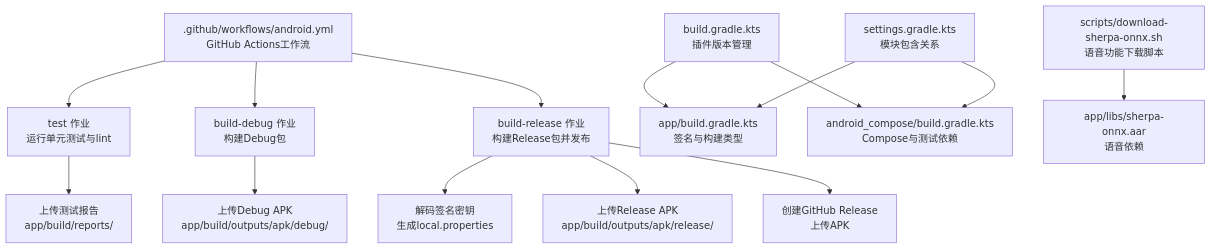
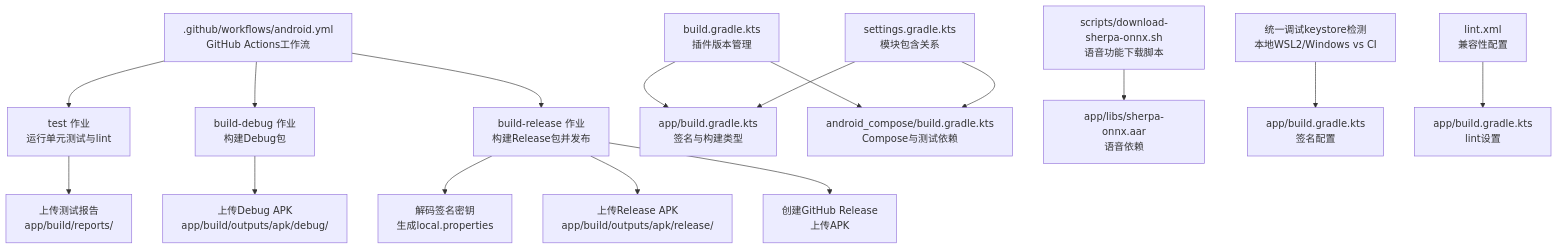
The first of 5 diagrams in .qoder/repowiki/zh/content/构建与部署/CI_CD流水线.md (guuyn/OpenClaw-Android), drawn with Mermaid before and after one commit. The commit also changed other lines of this file and 5 other files, not shown here.

````diff
--- a/.qoder/repowiki/zh/content/构建与部署/CI_CD流水线.md
+++ b/.qoder/repowiki/zh/content/构建与部署/CI_CD流水线.md
@@ -54,16 +59,18 @@
 ```mermaid
 graph TB
 GH[".github/workflows/android.yml<br/>GitHub Actions工作流"] --> TEST["test 作业<br/>运行单元测试与lint"]
 GH --> BUILD_DEBUG["build-debug 作业<br/>构建Debug包"]
 GH --> BUILD_RELEASE["build-release 作业<br/>构建Release包并发布"]
 TEST --> ARTIFACTS["上传测试报告<br/>app/build/reports/"]
 BUILD_DEBUG --> APK_DEBUG["上传Debug APK<br/>app/build/outputs/apk/debug/"]
 BUILD_RELEASE --> SIGN["解码签名密钥<br/>生成local.properties"]
 BUILD_RELEASE --> APK_RELEASE["上传Release APK<br/>app/build/outputs/apk/release/"]
 BUILD_RELEASE --> GH_RELEASE["创建GitHub Release<br/>上传APK"]
 GRADLE_ROOT["build.gradle.kts<br/>插件版本管理"] --> APP["app/build.gradle.kts<br/>签名与构建类型"]
 GRADLE_ROOT --> COMPOSE["android_compose/build.gradle.kts<br/>Compose与测试依赖"]
 SETTINGS["settings.gradle.kts<br/>模块包含关系"] --> APP
 SETTINGS --> COMPOSE
 VOICE_SCRIPT["scripts/download-sherpa-onnx.sh<br/>语音功能下载脚本"] --> APP_LIBS["app/libs/sherpa-onnx.aar<br/>语音依赖"]
+UNIFIED_KEYSTORE["统一调试keystore检测<br/>本地WSL2/Windows vs CI"] --> APP_SIGN["app/build.gradle.kts<br/>签名配置"]
+LINT_CONFIG["lint.xml<br/>兼容性配置"] --> APP_LINT["app/build.gradle.kts<br/>lint设置"]
 ```
````
